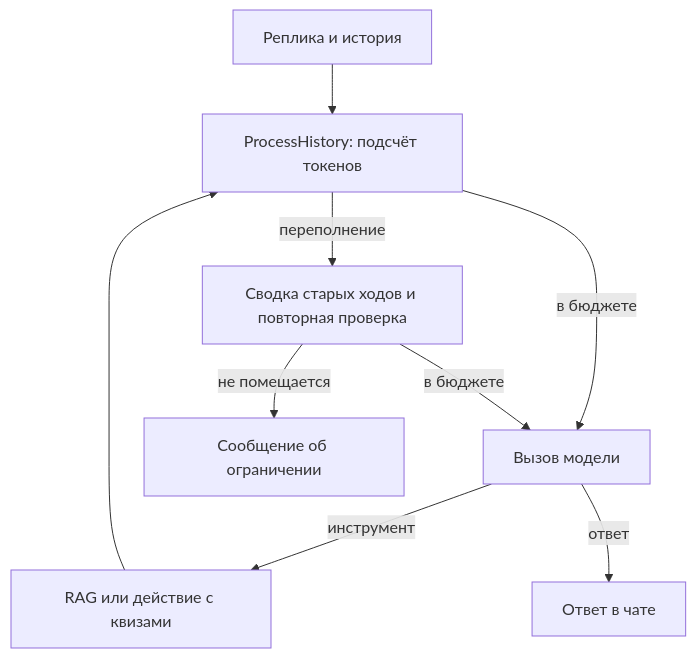
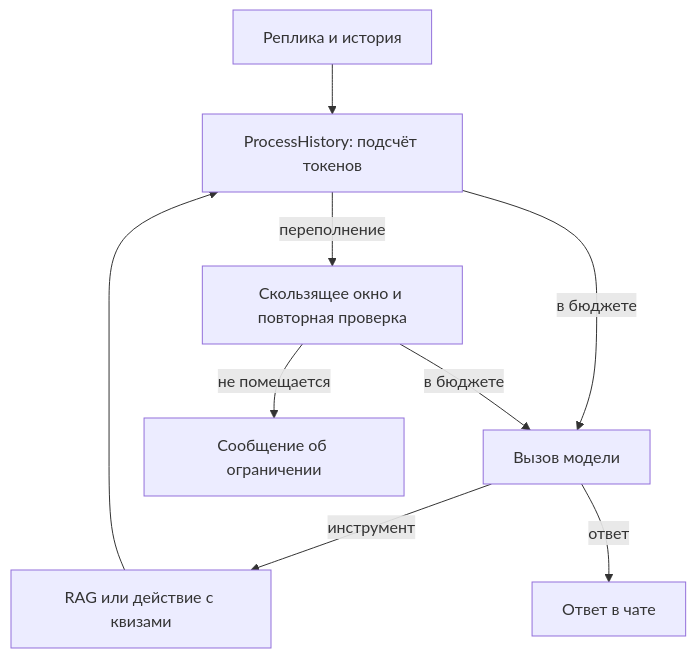
One commit to ChornyChay1/aa-kovalev changed the diagram in projects/aa-kovalev/lab3/REPORT.md. Above: the diagram before and after it, drawn with Mermaid. The commit also changed other lines of this file and 3 other files, not shown here.

````diff
--- a/projects/aa-kovalev/lab3/REPORT.md
+++ b/projects/aa-kovalev/lab3/REPORT.md
@@ -8,11 +8,11 @@
 ```mermaid
 flowchart TD
   A["Реплика и история"] --> B["ProcessHistory: подсчёт токенов"]
-  B -->|переполнение| C["Сводка старых ходов и повторная проверка"]
+  B -->|переполнение| C["Скользящее окно и повторная проверка"]
   B -->|в бюджете| D["Вызов модели"]
   C -->|в бюджете| D
   C -->|не помещается| E["Сообщение об ограничении"]
   D -->|инструмент| F["RAG или действие с квизами"]
   F --> B
   D -->|ответ| G["Ответ в чате"]
 ```
````
